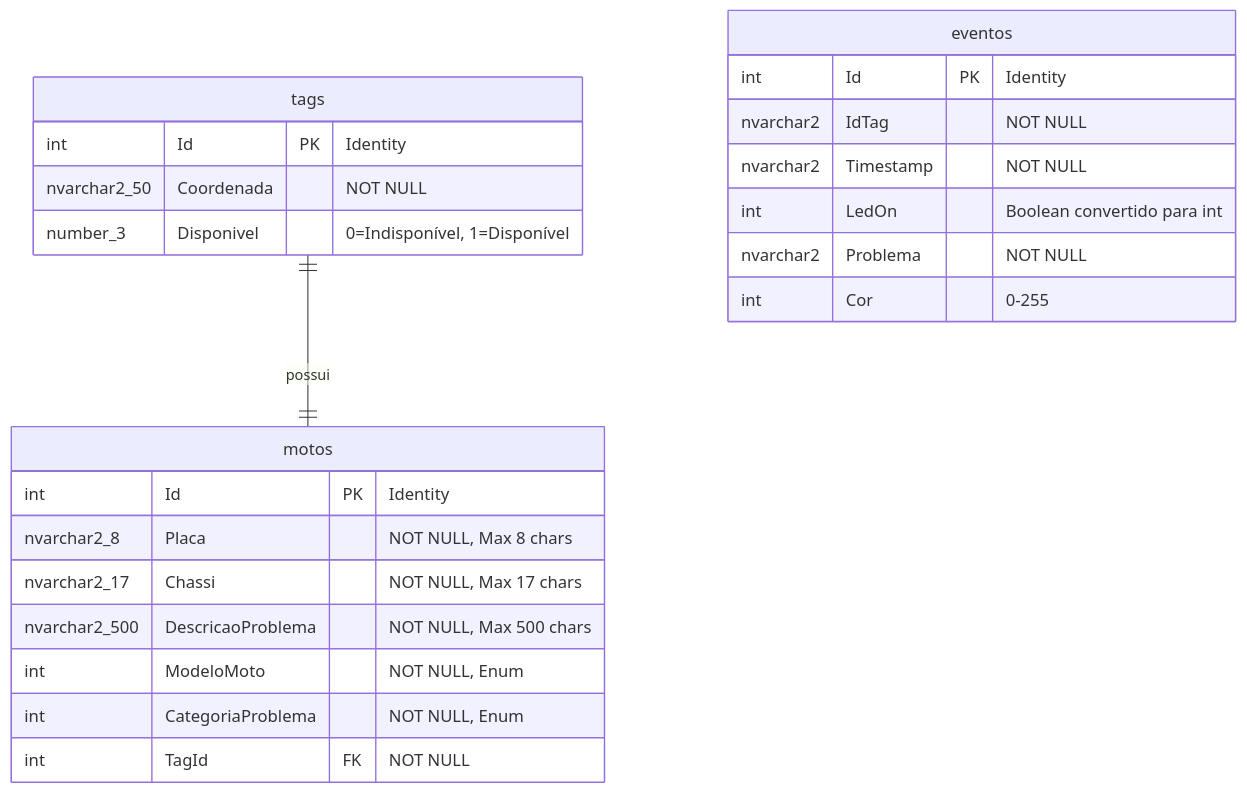
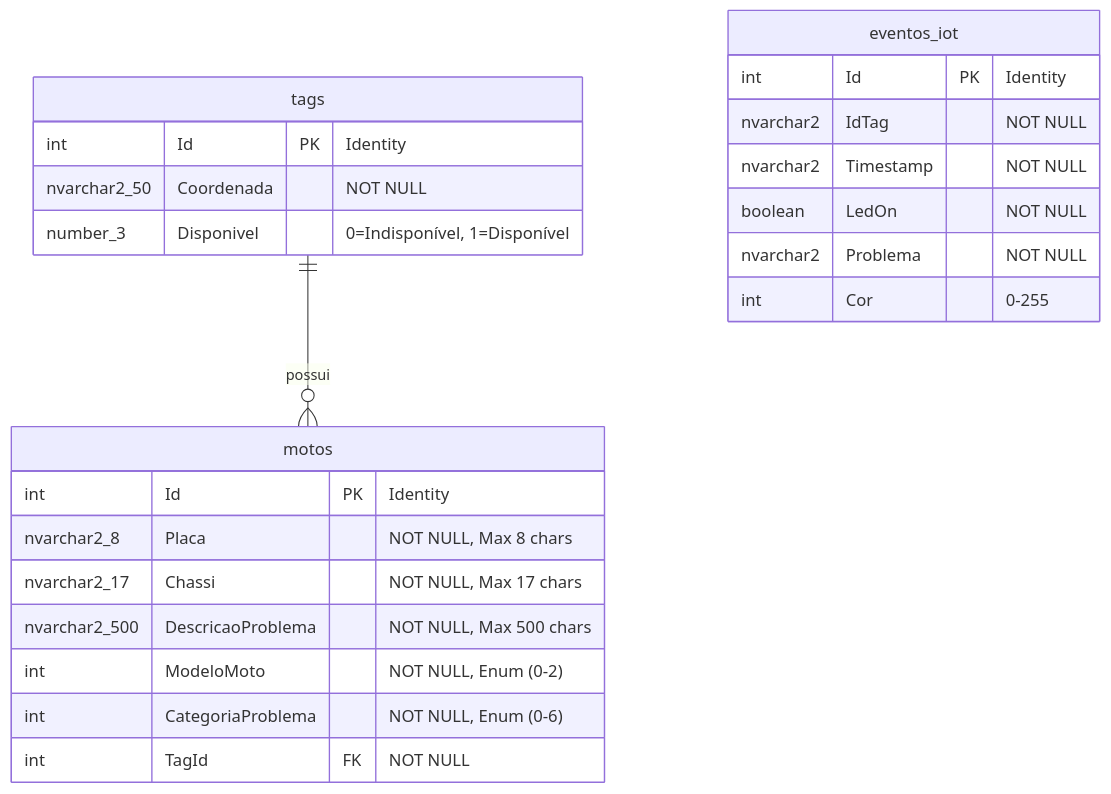
Before and after one commit to gabrielmarcello/VroomAPI: the second of 2 diagrams in README.md, drawn with Mermaid. The commit also changed other lines of this file, not shown here.

````diff
--- a/README.md
+++ b/README.md
@@ -449,27 +578,26 @@
 ```mermaid
 erDiagram
-	direction TB
-	tags {
-		int Id PK "Identity"  
-		nvarchar2_50 Coordenada  "NOT NULL"  
-		number_3 Disponivel  "0=Indisponível, 1=Disponível"  
-	}
-	motos {
-		int Id PK "Identity"  
-		nvarchar2_8 Placa  "NOT NULL, Max 8 chars"  
-		nvarchar2_17 Chassi  "NOT NULL, Max 17 chars"  
-		nvarchar2_500 DescricaoProblema  "NOT NULL, Max 500 chars"  
-		int ModeloMoto  "NOT NULL, Enum"  
-		int CategoriaProblema  "NOT NULL, Enum"  
-		int TagId FK "NOT NULL"  
-	}
-	eventos {
-		int Id PK "Identity"  
-		nvarchar2 IdTag  "NOT NULL"  
-		nvarchar2 Timestamp  "NOT NULL"  
-		int LedOn  "Boolean convertido para int"  
-		nvarchar2 Problema  "NOT NULL"  
-		int Cor  "0-255"  
-	}
-	tags ||--|| motos : "possui"
+    tags {
+        int Id PK "Identity"  
+        nvarchar2_50 Coordenada "NOT NULL"  
+        number_3 Disponivel "0=Indisponível, 1=Disponível"  
+    }
+    motos {
+        int Id PK "Identity"  
+        nvarchar2_8 Placa "NOT NULL, Max 8 chars"  
+        nvarchar2_17 Chassi "NOT NULL, Max 17 chars"  
+        nvarchar2_500 DescricaoProblema "NOT NULL, Max 500 chars"  
+        int ModeloMoto "NOT NULL, Enum (0-2)"  
+        int CategoriaProblema "NOT NULL, Enum (0-6)"  
+        int TagId FK "NOT NULL"  
+    }
+    eventos_iot {
+        int Id PK "Identity"  
+        nvarchar2 IdTag "NOT NULL"  
+        nvarchar2 Timestamp "NOT NULL"  
+        boolean LedOn "NOT NULL"  
+        nvarchar2 Problema "NOT NULL"  
+        int Cor "0-255"  
+    }
+    tags ||--o{ motos : "possui"
 ```
````
